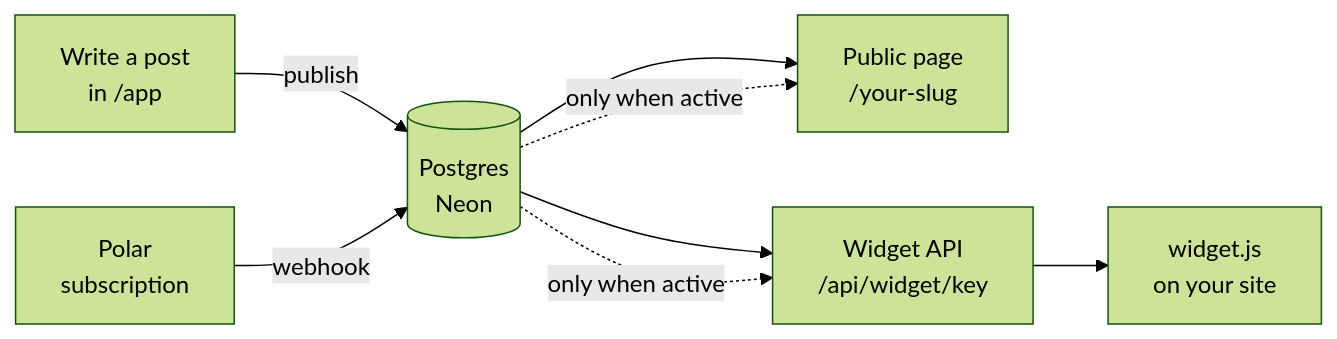
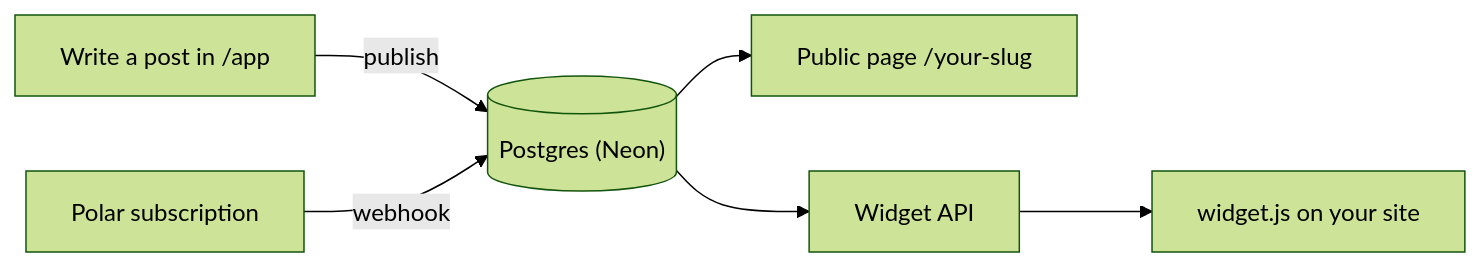
One commit to LEstebanR/usechangelog changed the diagram in README.md. Above: the diagram before and after it, drawn with Mermaid (forest theme). The commit also changed other lines of this file, not shown here.

Commit message:
docs: simplify the README diagram so GitHub renders it
Claude-Session: https://claude.ai/code/session_01UAV9hjABwgrHEHcGaSFfhF

````diff
--- a/README.md
+++ b/README.md
@@ -45,10 +45,8 @@
 ```mermaid
 flowchart LR
-  A[Write a post<br/>in /app] -->|publish| B[(Postgres<br/>Neon)]
-  B --> C[Public page<br/>/your-slug]
-  B --> D[Widget API<br/>/api/widget/key]
-  D --> E[widget.js<br/>on your site]
-  F[Polar<br/>subscription] -->|webhook| B
-  B -.->|only when active| C
-  B -.->|only when active| D
+  A["Write a post in /app"] -->|publish| B[("Postgres (Neon)")]
+  B --> C["Public page /your-slug"]
+  B --> D["Widget API"]
+  D --> E["widget.js on your site"]
+  F["Polar subscription"] -->|webhook| B
 ```
````
